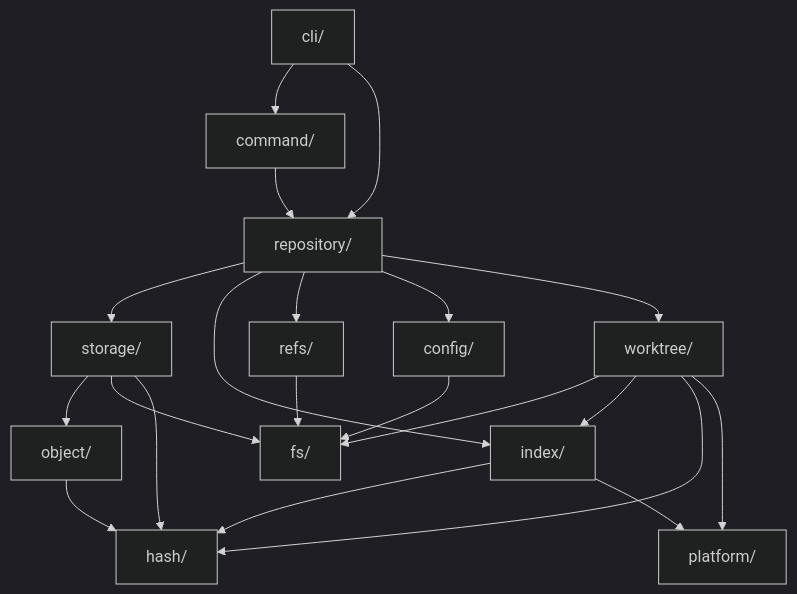
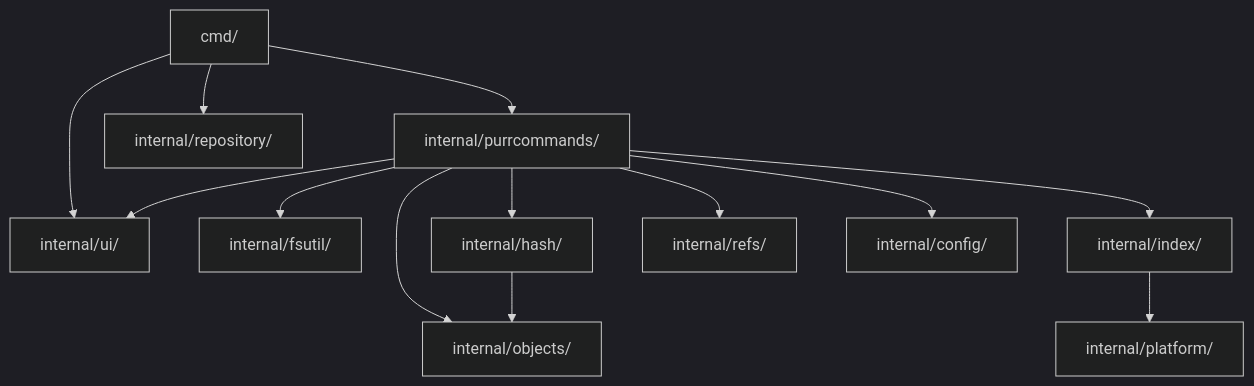
Before and after one commit to TheRealShek/persephone: the first of 6 diagrams in Docs/ARCHITECTURE.md, drawn with Mermaid (dark theme). The commit also changed other lines of this file and 5 other files, not shown here.

````diff
--- a/Docs/ARCHITECTURE.md
+++ b/Docs/ARCHITECTURE.md
@@ -165,23 +102,15 @@
 ```mermaid
 graph TD
-    CLI["cli/"] --> CMD["command/"]
-    CLI --> REPO["repository/"]
-    CMD --> REPO
-    REPO --> STORAGE["storage/"]
-    REPO --> INDEX["index/"]
-    REPO --> REFS["refs/"]
-    REPO --> CONFIG["config/"]
-    REPO --> WORKTREE["worktree/"]
-    STORAGE --> OBJECT["object/"]
-    STORAGE --> FS["fs/"]
-    STORAGE --> HASH["hash/"]
-    INDEX --> HASH
-    INDEX --> PLATFORM["platform/"]
-    REFS --> FS
-    CONFIG --> FS
-    WORKTREE --> FS
-    WORKTREE --> INDEX
-    WORKTREE --> HASH
-    WORKTREE --> PLATFORM
-    OBJECT --> HASH
+    CMD["cmd/"] --> PURR["internal/purrcommands/"]
+    CMD --> REPO["internal/repository/"]
+    CMD --> UI["internal/ui/"]
+    PURR --> FS["internal/fsutil/"]
+    PURR --> HASH["internal/hash/"]
+    PURR --> INDEX["internal/index/"]
+    PURR --> OBJ["internal/objects/"]
+    PURR --> REFS["internal/refs/"]
+    PURR --> CFG["internal/config/"]
+    PURR --> UI
+    HASH --> OBJ
+    INDEX --> PLAT["internal/platform/"]
 ```
````
